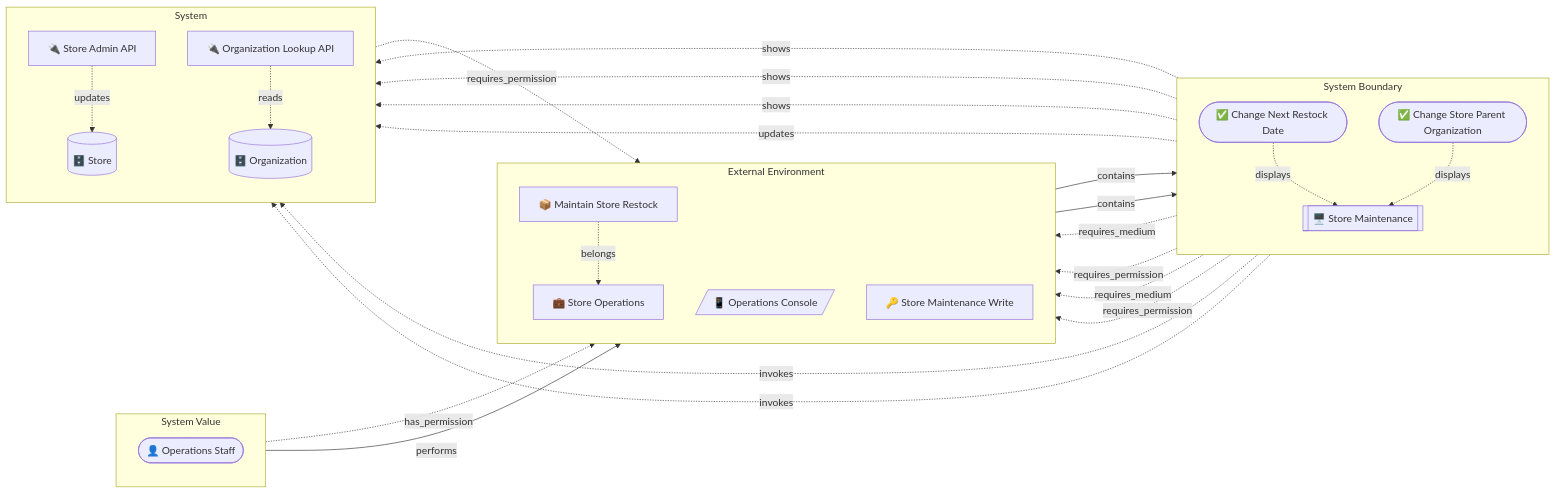
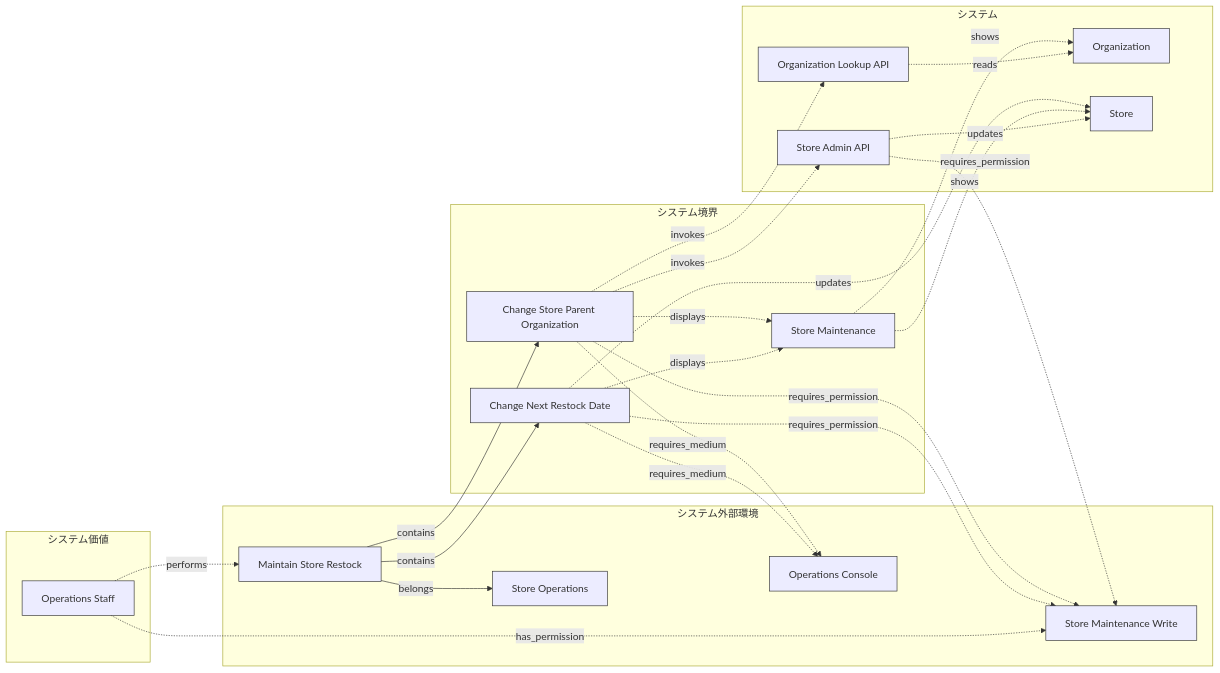
One commit to manji-0/rdra-ish-dsl changed the diagram in samples/incremental-order/step-3-interaction-boundary/out/object_graph_buc_store_restock.mmd. Above: the diagram before and after it, drawn with Mermaid. The commit also changed 12 other files, not shown here.

First line of the commit message:
docs(samples): refresh the incremental-order step diagrams to the encoding contract

```diff
--- a/samples/incremental-order/step-3-interaction-boundary/out/object_graph_buc_store_restock.mmd
+++ b/samples/incremental-order/step-3-interaction-boundary/out/object_graph_buc_store_restock.mmd
@@ -1,45 +1,55 @@
+%% rdra-ish diagram=rdra scope=buc:BucStoreRestock model=samples/incremental-order/step-3-interaction-boundary/src
+%% layers: value=システム価値 environment=システム外部環境 boundary=システム境界 system=システム
+%% kinds: actor business buc medium permission usecase screen api entity
+%% omitted: (none)
 flowchart LR
-  subgraph layer_value[System Value]
-    direction TB
-    OpsStaff(["👤 Operations Staff"])
+  subgraph layer_value["システム価値"]
+    actor__OpsStaff["Operations Staff"]:::actor
   end
-  subgraph layer_environment[External Environment]
-    direction TB
-    StoreOperations["💼 Store Operations"]
-    BucStoreRestock["📦 Maintain Store Restock"]
-    OpsConsole[/"📱 Operations Console"/]
-    StoreMaintenanceWrite["🔑 Store Maintenance Write"]
+  subgraph layer_environment["システム外部環境"]
+    business__StoreOperations["Store Operations"]:::business
+    %% desc business__StoreOperations: Store operations owns restock planning and store master maintenance.
+    buc__BucStoreRestock["Maintain Store Restock"]:::buc
+    %% desc buc__BucStoreRestock: Keep restock dates and store organization assignments operationally correct.
+    medium__OpsConsole["Operations Console"]:::medium
+    permission__StoreMaintenanceWrite["Store Maintenance Write"]:::permission
   end
-  subgraph layer_boundary[System Boundary]
-    direction TB
-    ChangeNextRestockDate(["✅ Change Next Restock Date"])
-    ChangeStoreParentOrganization(["✅ Change Store Parent Organization"])
-    StoreMaintenanceScreen[["🖥️ Store Maintenance"]]
+  subgraph layer_boundary["システム境界"]
+    usecase__ChangeNextRestockDate["Change Next Restock Date"]:::usecase
+    usecase__ChangeStoreParentOrganization["Change Store Parent Organization"]:::usecase
+    screen__StoreMaintenanceScreen["Store Maintenance"]:::screen
   end
-  subgraph layer_system[System]
-    direction TB
-    OrganizationLookupApi["🔌 Organization Lookup API"]
-    StoreAdminApi["🔌 Store Admin API"]
-    Organization[("🗄️ Organization")]
-    Store[("🗄️ Store")]
+  subgraph layer_system["システム"]
+    api__OrganizationLookupApi["Organization Lookup API"]:::api
+    api__StoreAdminApi["Store Admin API"]:::api
+    entity__Organization["Organization"]:::entity
+    entity__Store["Store"]:::entity
   end
-  OpsStaff -.->|has_permission| StoreMaintenanceWrite
-  OpsStaff -->|performs| BucStoreRestock
-  StoreAdminApi -.->|requires_permission| StoreMaintenanceWrite
-  StoreAdminApi -.->|updates| Store
-  OrganizationLookupApi -.->|reads| Organization
-  BucStoreRestock -.->|belongs| StoreOperations
-  BucStoreRestock -->|contains| ChangeNextRestockDate
-  BucStoreRestock -->|contains| ChangeStoreParentOrganization
-  StoreMaintenanceScreen -.->|shows| Store
-  StoreMaintenanceScreen -.->|shows| Store
-  StoreMaintenanceScreen -.->|shows| Organization
-  ChangeNextRestockDate -.->|displays| StoreMaintenanceScreen
-  ChangeNextRestockDate -.->|requires_medium| OpsConsole
-  ChangeNextRestockDate -.->|requires_permission| StoreMaintenanceWrite
-  ChangeNextRestockDate -.->|updates| Store
-  ChangeStoreParentOrganization -.->|displays| StoreMaintenanceScreen
-  ChangeStoreParentOrganization -.->|invokes| StoreAdminApi
-  ChangeStoreParentOrganization -.->|invokes| OrganizationLookupApi
-  ChangeStoreParentOrganization -.->|requires_medium| OpsConsole
-  ChangeStoreParentOrganization -.->|requires_permission| StoreMaintenanceWrite
+  actor__OpsStaff -.->|has_permission| permission__StoreMaintenanceWrite
+  actor__OpsStaff -.->|performs| buc__BucStoreRestock
+  api__OrganizationLookupApi -.->|reads| entity__Organization
+  api__StoreAdminApi -.->|requires_permission| permission__StoreMaintenanceWrite
+  api__StoreAdminApi -.->|updates| entity__Store
+  buc__BucStoreRestock -->|belongs| business__StoreOperations
+  buc__BucStoreRestock -->|contains| usecase__ChangeNextRestockDate
+  buc__BucStoreRestock -->|contains| usecase__ChangeStoreParentOrganization
+  screen__StoreMaintenanceScreen -.->|shows| entity__Organization
+  screen__StoreMaintenanceScreen -.->|shows| entity__Store
+  usecase__ChangeNextRestockDate -.->|displays| screen__StoreMaintenanceScreen
+  usecase__ChangeNextRestockDate -.->|requires_medium| medium__OpsConsole
+  usecase__ChangeNextRestockDate -.->|requires_permission| permission__StoreMaintenanceWrite
+  usecase__ChangeNextRestockDate -.->|updates| entity__Store
+  usecase__ChangeStoreParentOrganization -.->|displays| screen__StoreMaintenanceScreen
+  usecase__ChangeStoreParentOrganization -.->|invokes| api__OrganizationLookupApi
+  usecase__ChangeStoreParentOrganization -.->|invokes| api__StoreAdminApi
+  usecase__ChangeStoreParentOrganization -.->|requires_medium| medium__OpsConsole
+  usecase__ChangeStoreParentOrganization -.->|requires_permission| permission__StoreMaintenanceWrite
+  classDef actor stroke:#333;
+  classDef business stroke:#333;
+  classDef buc stroke:#333;
+  classDef medium stroke:#333;
+  classDef permission stroke:#333;
+  classDef usecase stroke:#333;
+  classDef screen stroke:#333;
+  classDef api stroke:#333;
+  classDef entity stroke:#333;
```
